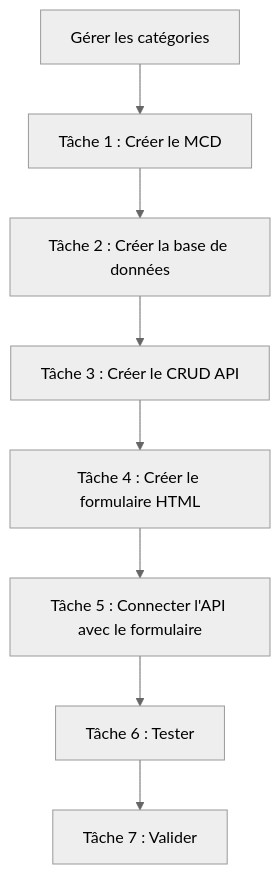
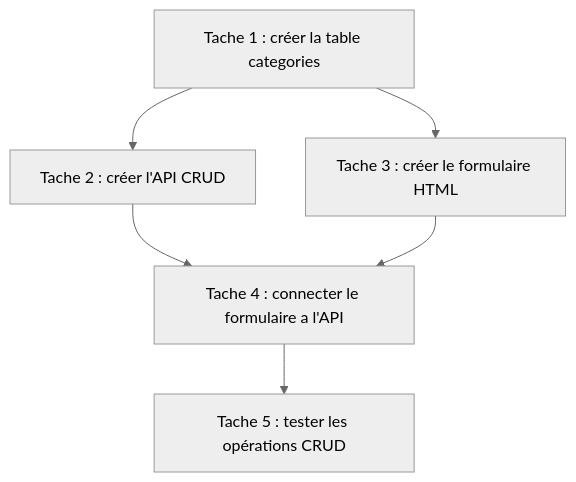
The diagram in Projet/Décomposer une fonctionnalité en tâches/Decomposer-fonctionnalite.mmd (tasnimesahli-dev-mobile-solicode/tutorials), drawn with Mermaid (neutral theme) before and after one commit. The commit also changed 2 other files, not shown here.

```diff
--- a/Projet/Décomposer une fonctionnalité en tâches/Decomposer-fonctionnalite.mmd
+++ b/Projet/Décomposer une fonctionnalité en tâches/Decomposer-fonctionnalite.mmd
@@ -1,19 +1,12 @@
 flowchart TD
+A["Tache 1 : créer la table categories"]
+B["Tache 2 : créer l'API CRUD"]
+C["Tache 3 : créer le formulaire HTML"]
+D["Tache 4 : connecter le formulaire a l'API"]
+E["Tache 5 : tester les opérations CRUD"]
 
-    A[" Gérer les catégories"]
-
-    B["Tâche 1 : Créer le MCD"]
-    C["Tâche 2 : Créer la base de données"]
-    D["Tâche 3 : Créer le CRUD API"]
-    E["Tâche 4 : Créer le formulaire HTML"]
-    F["Tâche 5 : Connecter l'API avec le formulaire"]
-    G["Tâche 6 : Tester"]
-    H["Tâche 7 : Valider"]
-
-    A --> B
-    B --> C
-    C --> D
-    D --> E
-    E --> F
-    F --> G
-    G --> H
+A--> B
+A --> C
+B-->D
+C-->D
+D-->E
```
